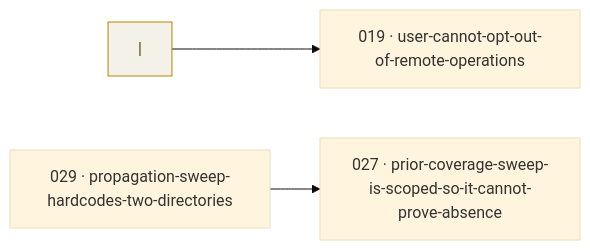
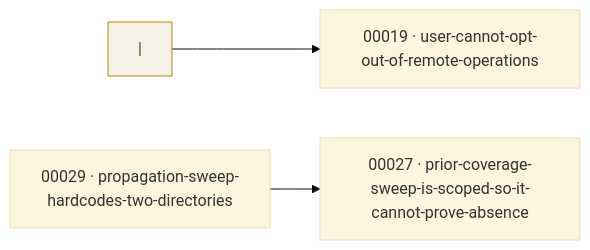
Before and after one commit to justmaniv/cannery-row: the diagram in docs/task-board.md, drawn with Mermaid (base theme). The commit also changed other lines of this file and 50 other files, not shown here.

````diff
--- a/docs/task-board.md
+++ b/docs/task-board.md
@@ -37,12 +37,12 @@
 ```mermaid
 graph LR
   X1["|"]
-  T019["019 · user-cannot-opt-out-of-remote-operations"]
-  T029["029 · propagation-sweep-hardcodes-two-directories"]
-  T027["027 · prior-coverage-sweep-is-scoped-so-it-cannot-prove-absence"]
-  X1 --> T019
-  T029 --> T027
+  T19["00019 · user-cannot-opt-out-of-remote-operations"]
+  T29["00029 · propagation-sweep-hardcodes-two-directories"]
+  T27["00027 · prior-coverage-sweep-is-scoped-so-it-cannot-prove-absence"]
+  X1 --> T19
+  T29 --> T27
   classDef satisfied fill:#EAF2EA,stroke:#3A7D44,color:#1F3D24;
   classDef external fill:#F4F1E8,stroke:#B58500,color:#5A4300;
   class X1 external
 ```
````
